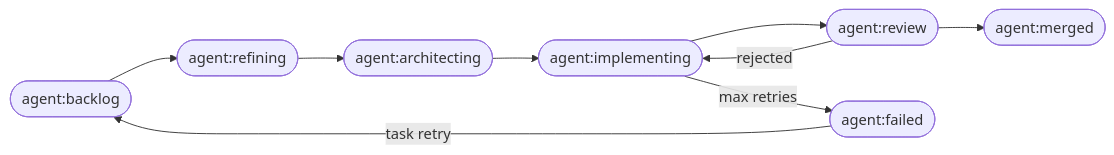
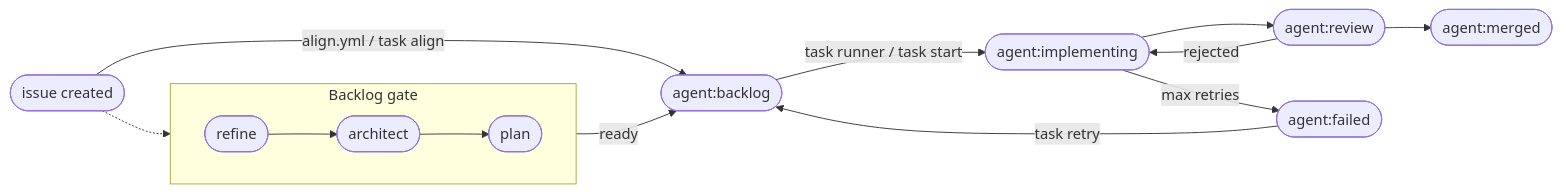
One commit to architecture-that-works/agentic-sdlc changed the diagram in README.md. Above: the diagram before and after it, drawn with Mermaid. The commit also changed other lines of this file and 16 other files, not shown here.

````diff
--- a/README.md
+++ b/README.md
@@ -67,11 +67,16 @@
 ```mermaid
 flowchart LR
-    A([agent:backlog]) --> B([agent:refining])
-    B --> C([agent:architecting])
-    C --> D([agent:implementing])
+    N([issue created]) -- align.yml / task align --> A
+    subgraph Backlog gate
+      direction LR
+      R([refine]) --> AR([architect]) --> P([plan])
+    end
+    N -.-> R
+    P -- ready --> A([agent:backlog])
+    A -- task runner / task start --> D([agent:implementing])
     D --> E([agent:review])
     E --> F([agent:merged])
     E -- rejected --> D
     D -- max retries --> G([agent:failed])
     G -- task retry --> A
 ```
````
